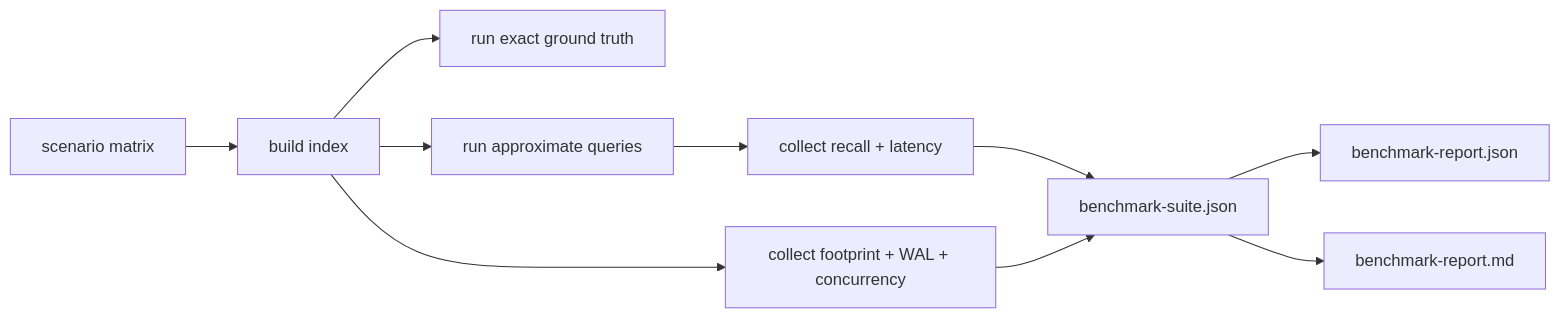
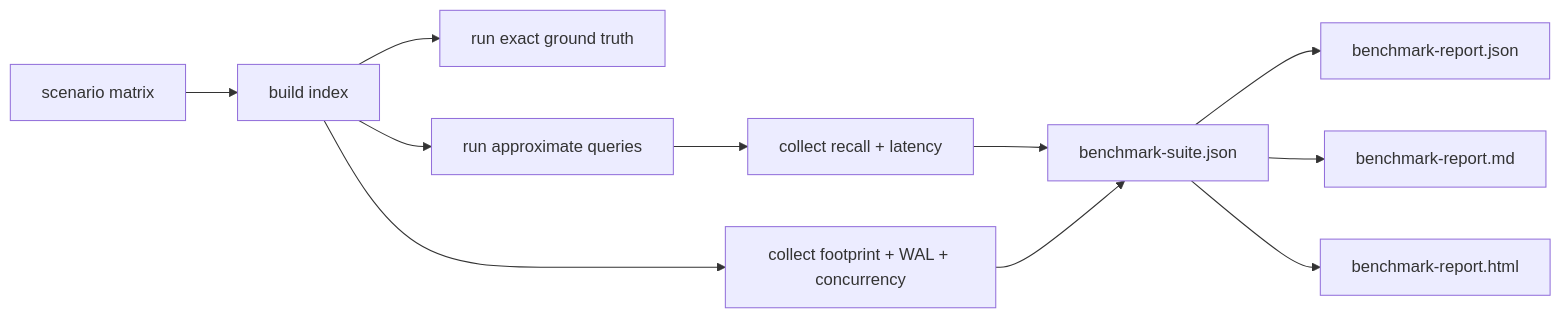
The diagram in docs/how-to/run-benchmarks.md (mayflower/pg_turboquant), drawn with Mermaid before and after one commit. The commit also changed other lines of this file and 52 other files, not shown here.

````diff
--- a/docs/how-to/run-benchmarks.md
+++ b/docs/how-to/run-benchmarks.md
@@ -57,12 +58,13 @@
 ```mermaid
 flowchart LR
     A["scenario matrix"] --> B["build index"]
     B --> C["run exact ground truth"]
     B --> D["run approximate queries"]
     D --> E["collect recall + latency"]
     B --> F["collect footprint + WAL + concurrency"]
     E --> G["benchmark-suite.json"]
     F --> G
     G --> H["benchmark-report.json"]
     G --> I["benchmark-report.md"]
+    G --> J["benchmark-report.html"]
 ```
````
